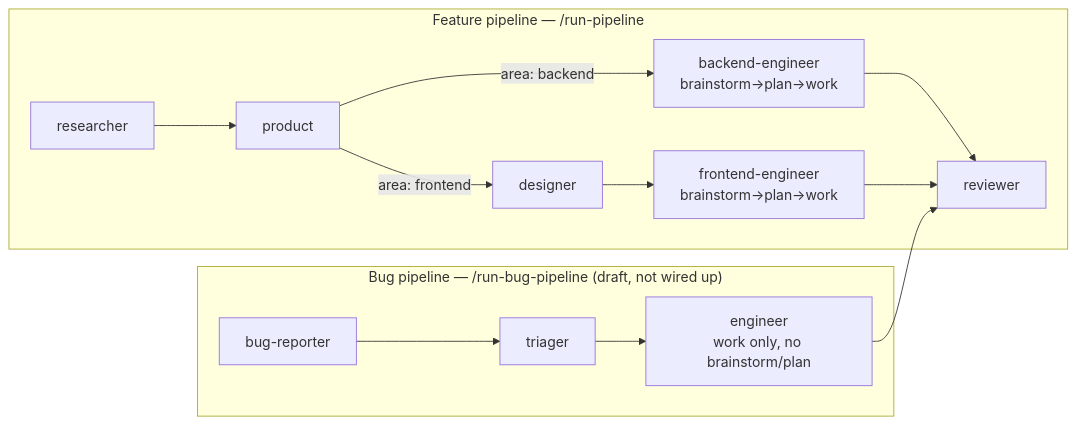
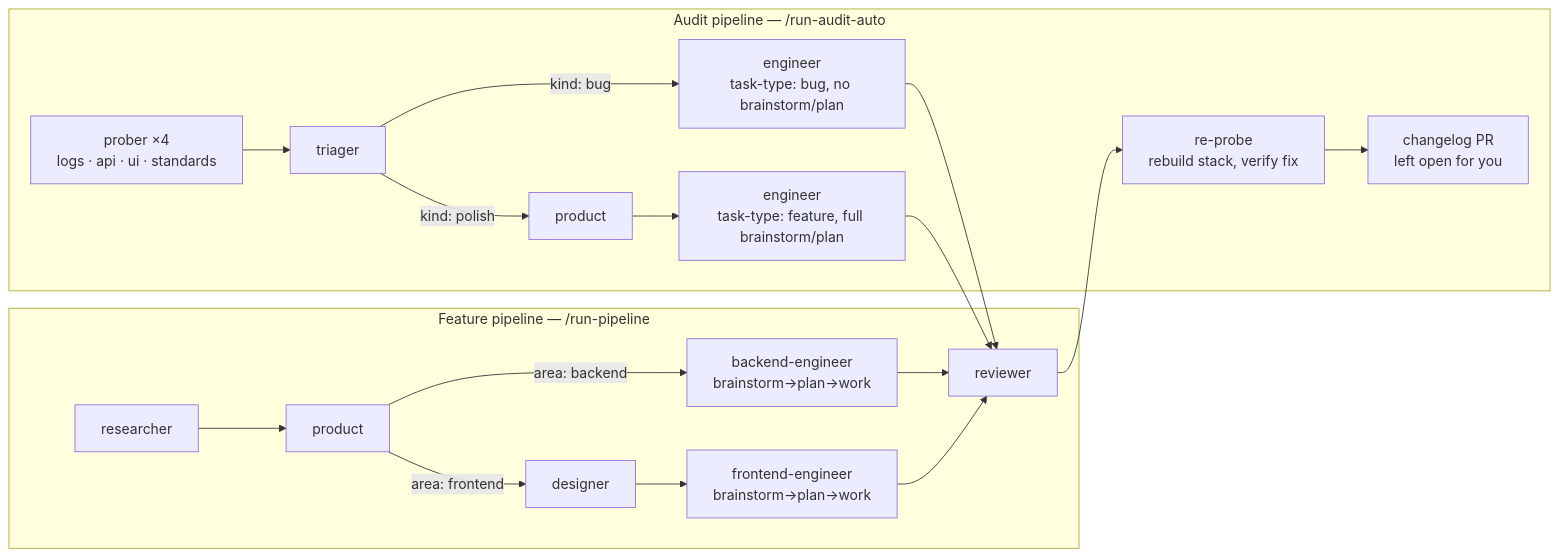
The diagram in docs/agent-pipeline.md (Mateja97/roamly), drawn with Mermaid before and after one commit. The commit also changed other lines of this file and 6 other files, not shown here.

First line of the commit message:
feat(pipeline): autonomous audit pipeline (/run-audit-auto) (#184)

````diff
--- a/docs/agent-pipeline.md
+++ b/docs/agent-pipeline.md
@@ -6,17 +8,22 @@
 ```mermaid
 flowchart LR
     subgraph FP["Feature pipeline — /run-pipeline"]
         R[researcher] --> P[product]
         P -- "area: frontend" --> D[designer]
         P -- "area: backend" --> EB["backend-engineer\nbrainstorm→plan→work"]
         D --> EF["frontend-engineer\nbrainstorm→plan→work"]
         EB --> RV[reviewer]
         EF --> RV
     end
 
-    subgraph BP["Bug pipeline — /run-bug-pipeline (draft, not wired up)"]
-        BR[bug-reporter] --> TR[triager]
-        TR --> EBUG["engineer\nwork only, no brainstorm/plan"]
+    subgraph AP["Audit pipeline — /run-audit-auto"]
+        PR1["prober ×4\nlogs · api · ui · standards"] --> TR[triager]
+        TR -- "kind: polish" --> PG[product]
+        TR -- "kind: bug" --> EBUG["engineer\ntask-type: bug, no brainstorm/plan"]
+        PG --> EPOL["engineer\ntask-type: feature, full brainstorm/plan"]
         EBUG --> RV
+        EPOL --> RV
+        RV --> RP["re-probe\nrebuild stack, verify fix"]
+        RP --> CL["changelog PR\nleft open for you"]
     end
 ```
````
